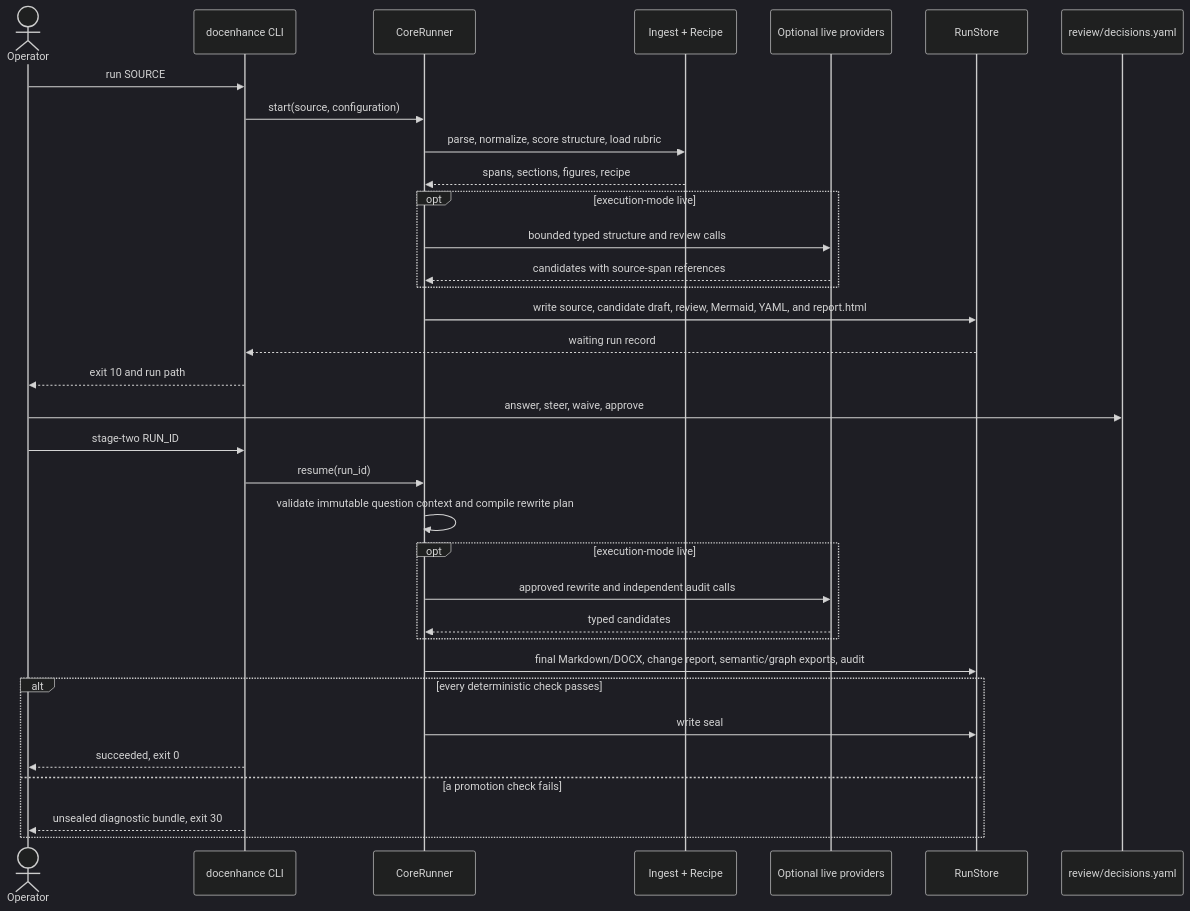
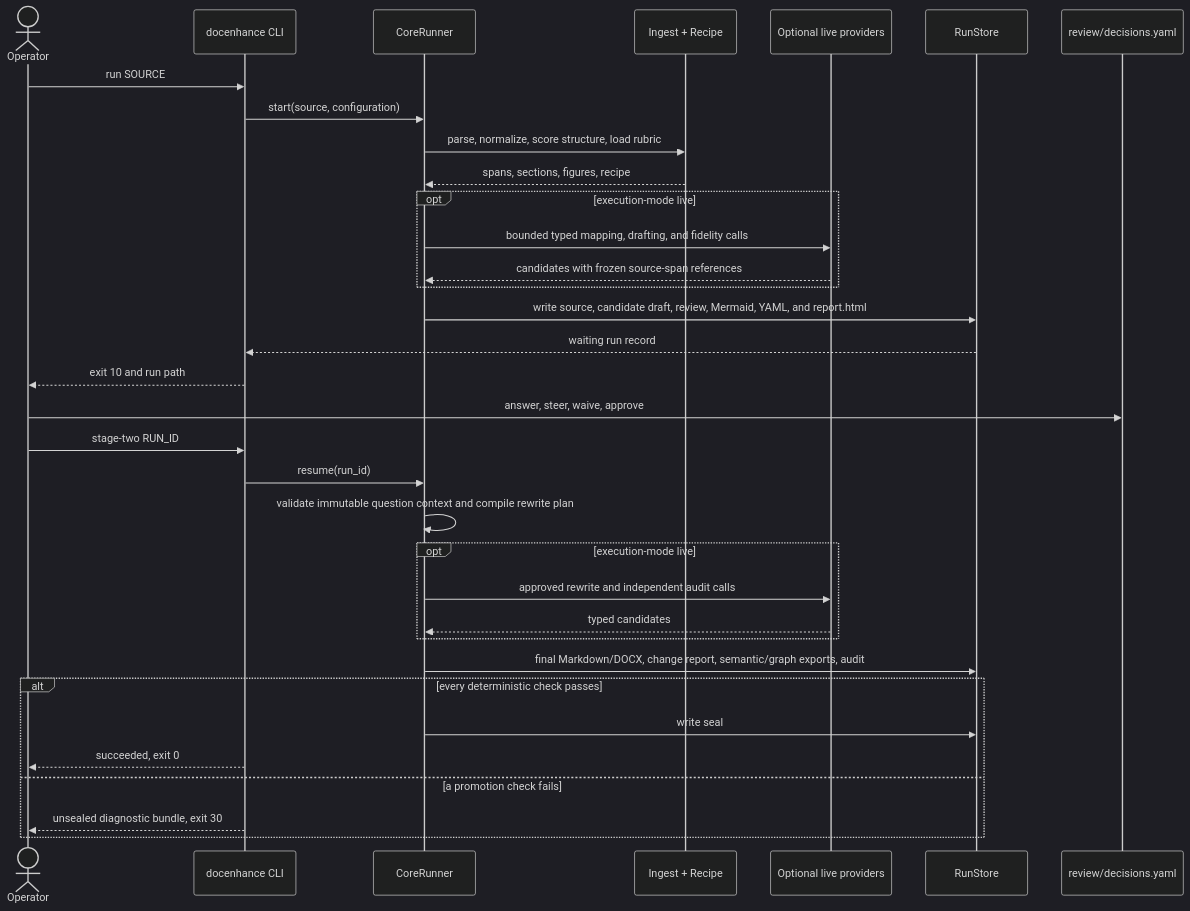
One commit to gustavorubim/document-enhancer-pwt changed the fourth of 5 diagrams in README.md. Above: the diagram before and after it, drawn with Mermaid (dark theme). The commit also changed other lines of this file and 23 other files, not shown here.

````diff
--- a/README.md
+++ b/README.md
@@ -139,37 +147,37 @@
 ```mermaid
 sequenceDiagram
     actor Operator
     participant CLI as docenhance CLI
     participant Runner as CoreRunner
     participant Inputs as Ingest + Recipe
     participant Models as Optional live providers
     participant Store as RunStore
     participant Decisions as review/decisions.yaml
 
     Operator->>CLI: run SOURCE
     CLI->>Runner: start(source, configuration)
     Runner->>Inputs: parse, normalize, score structure, load rubric
     Inputs-->>Runner: spans, sections, figures, recipe
     opt execution-mode live
-        Runner->>Models: bounded typed structure and review calls
-        Models-->>Runner: candidates with source-span references
+        Runner->>Models: bounded typed mapping, drafting, and fidelity calls
+        Models-->>Runner: candidates with frozen source-span references
     end
     Runner->>Store: write source, candidate draft, review, Mermaid, YAML, and report.html
     Store-->>CLI: waiting run record
     CLI-->>Operator: exit 10 and run path
     Operator->>Decisions: answer, steer, waive, approve
     Operator->>CLI: stage-two RUN_ID
     CLI->>Runner: resume(run_id)
     Runner->>Runner: validate immutable question context and compile rewrite plan
     opt execution-mode live
         Runner->>Models: approved rewrite and independent audit calls
         Models-->>Runner: typed candidates
     end
     Runner->>Store: final Markdown/DOCX, change report, semantic/graph exports, audit
     alt every deterministic check passes
         Runner->>Store: write seal
         CLI-->>Operator: succeeded, exit 0
     else a promotion check fails
         CLI-->>Operator: unsealed diagnostic bundle, exit 30
     end
 ```
````
